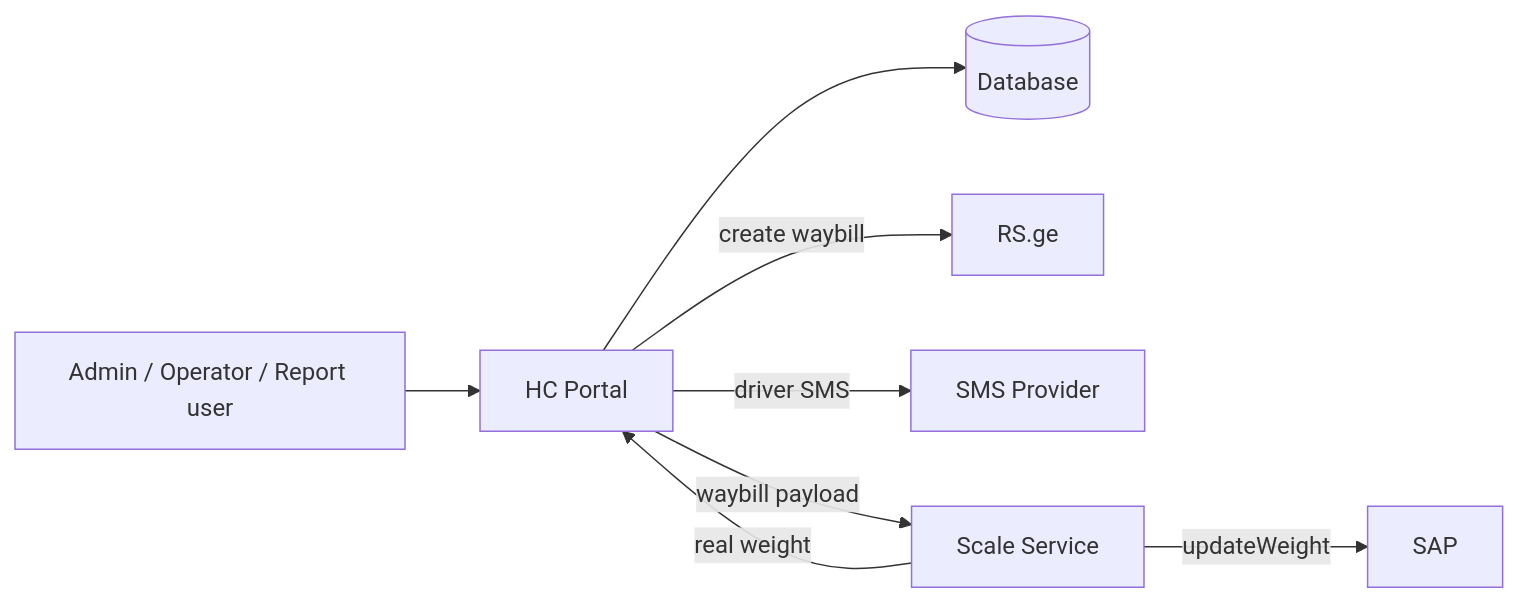
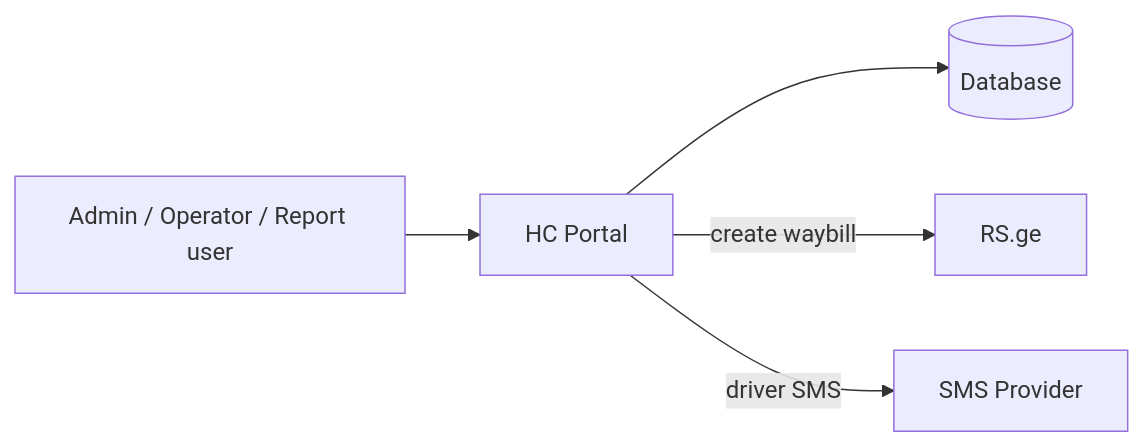
One commit to nlortkipa/hc-waybills changed the second of 2 diagrams in README.md. Above: the diagram before and after it, drawn with Mermaid. The commit also changed other lines of this file and 40 other files, not shown here.

First line of the commit message:
Drop the Scale Service, log in by phone, offer the APK on mobile

````diff
--- a/README.md
+++ b/README.md
@@ -28,10 +24,7 @@
 ```mermaid
 flowchart LR
     U[Admin / Operator / Report user] --> APP[HC Portal]
     APP --> DB[(Database)]
     APP -->|create waybill| RS[RS.ge]
     APP -->|driver SMS| SMS[SMS Provider]
-    APP -->|waybill payload| SCALE[Scale Service]
-    SCALE -->|real weight| APP
-    SCALE -->|updateWeight| SAP[SAP]
 ```
````
